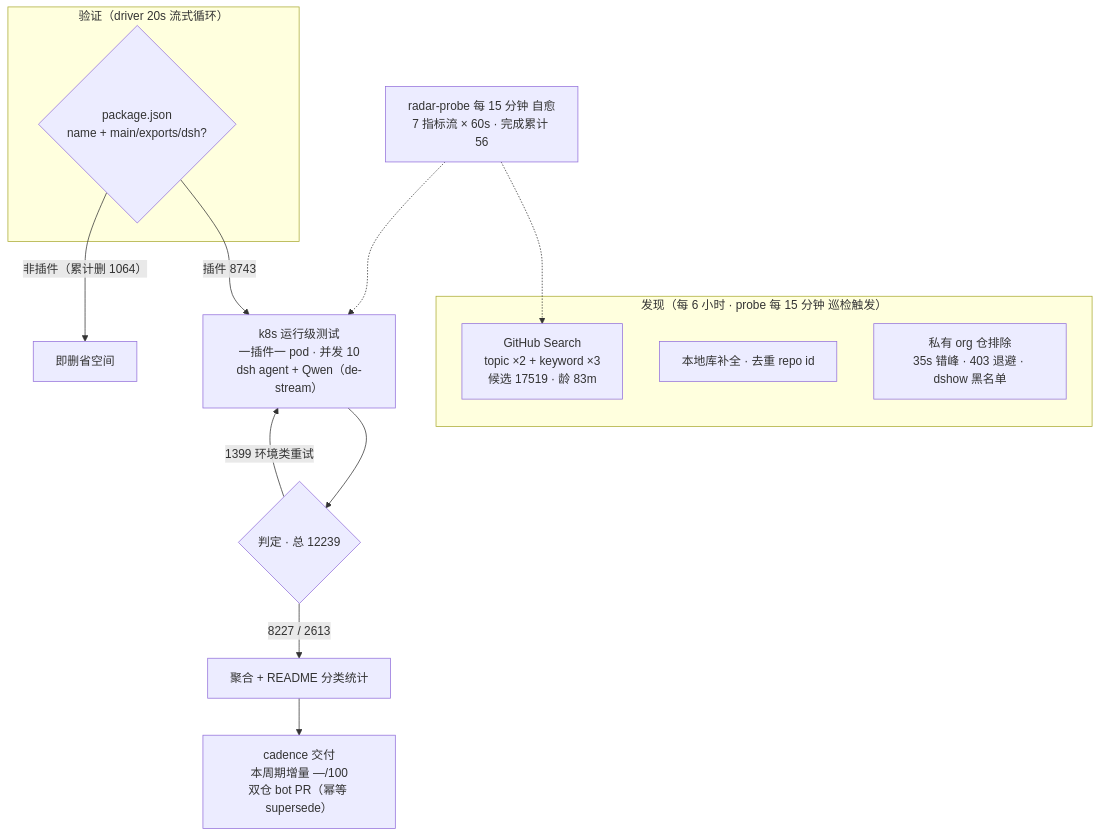
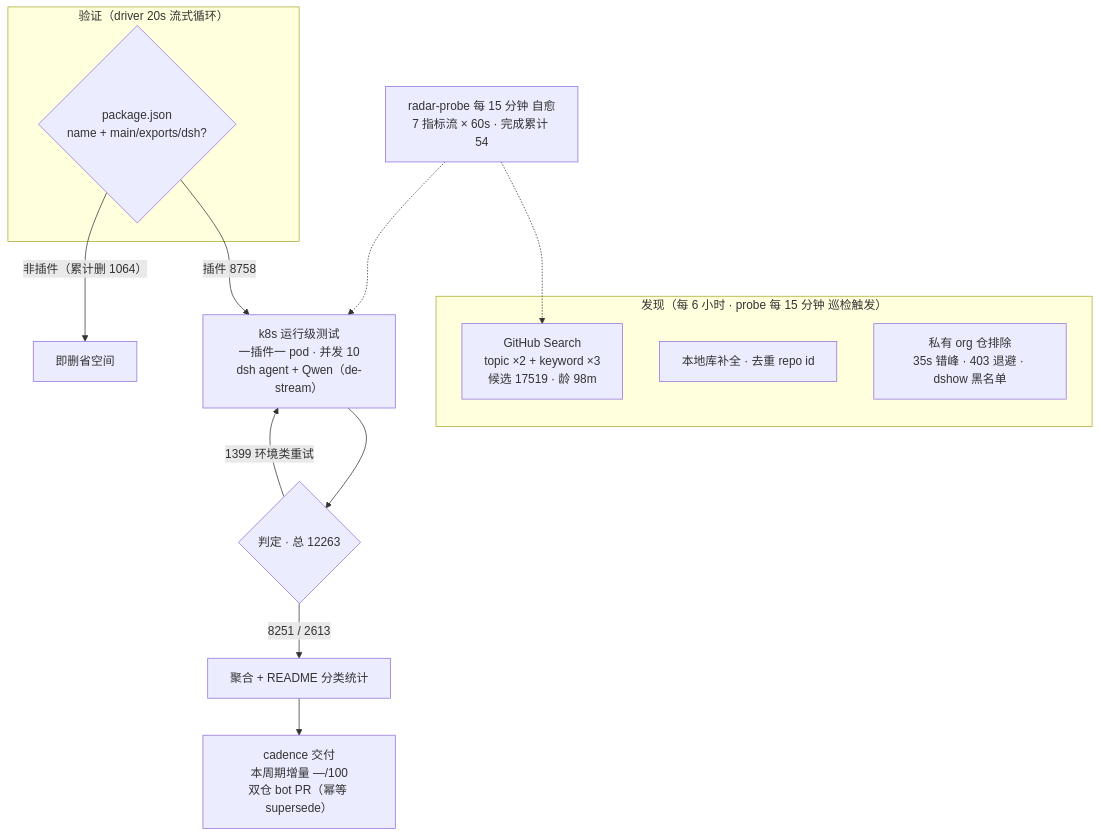
The diagram in README.md (Zhidao-Lab-OSS/awesome-dsh-plugins), drawn with Mermaid before and after one commit. The commit also changed other lines of this file and 1 other file, not shown here.

````diff
--- a/README.md
+++ b/README.md
@@ -52,20 +52,20 @@
 ```mermaid
 flowchart TB
     subgraph Discovery["发现（每 6 小时 · probe 每 15 分钟 巡检触发）"]
-        A1["GitHub Search<br/>topic ×2 + keyword ×3<br/>候选 17519 · 龄 83m"]
+        A1["GitHub Search<br/>topic ×2 + keyword ×3<br/>候选 17519 · 龄 98m"]
         A2["本地库补全 · 去重 repo id"]
         A3["私有 org 仓排除<br/>35s 错峰 · 403 退避 · dshow 黑名单"]
     end
     subgraph Validation["验证（driver 20s 流式循环）"]
         B1{"package.json<br/>name + main/exports/dsh?"}
     end
-    B1 -->|"插件 8743"| C1["k8s 运行级测试<br/>一插件一 pod · 并发 10<br/>dsh agent + Qwen（de-stream）"]
+    B1 -->|"插件 8758"| C1["k8s 运行级测试<br/>一插件一 pod · 并发 10<br/>dsh agent + Qwen（de-stream）"]
     B1 -->|"非插件（累计删 1064）"| B3["即删省空间"]
-    C1 --> D1{"判定 · 总 12239"}
-    D1 -->|"8227 / 2613"| E1["聚合 + README 分类统计"]
+    C1 --> D1{"判定 · 总 12263"}
+    D1 -->|"8251 / 2613"| E1["聚合 + README 分类统计"]
     D1 -->|"1399 环境类重试"| C1
     E1 --> E2["cadence 交付<br/>本周期增量 —/100<br/>双仓 bot PR（幂等 supersede）"]
-    M["radar-probe 每 15 分钟 自愈<br/>7 指标流 × 60s · 完成累计 56"]
+    M["radar-probe 每 15 分钟 自愈<br/>7 指标流 × 60s · 完成累计 54"]
     M -.-> A1
     M -.-> C1
 ```
````
